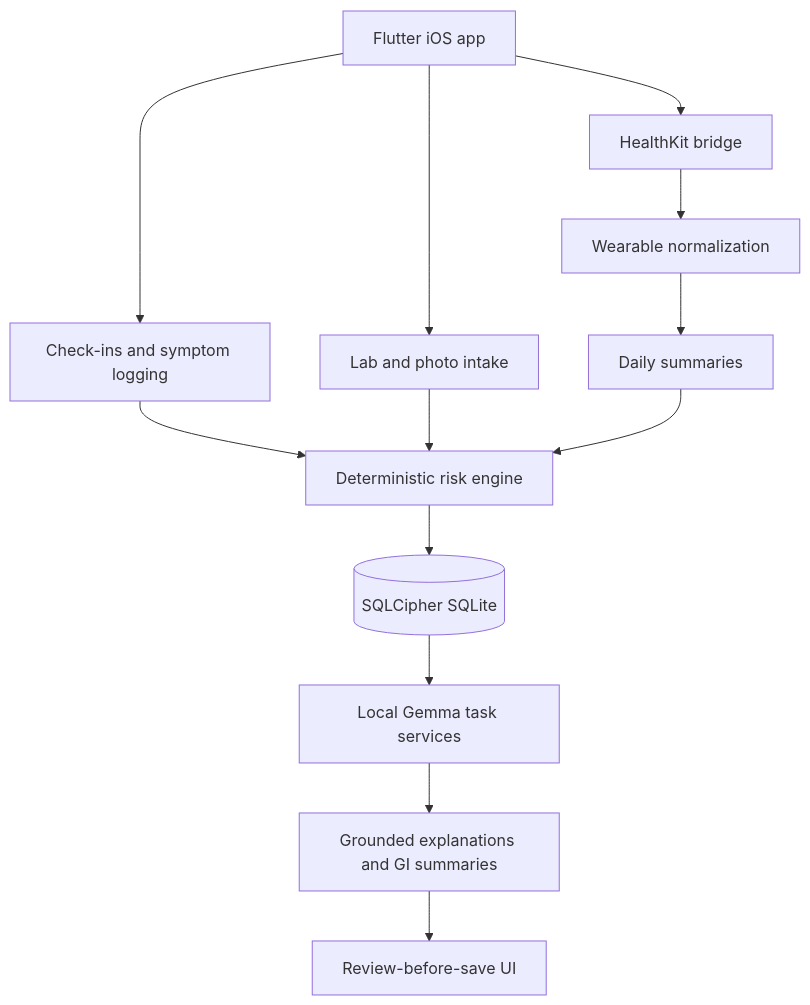
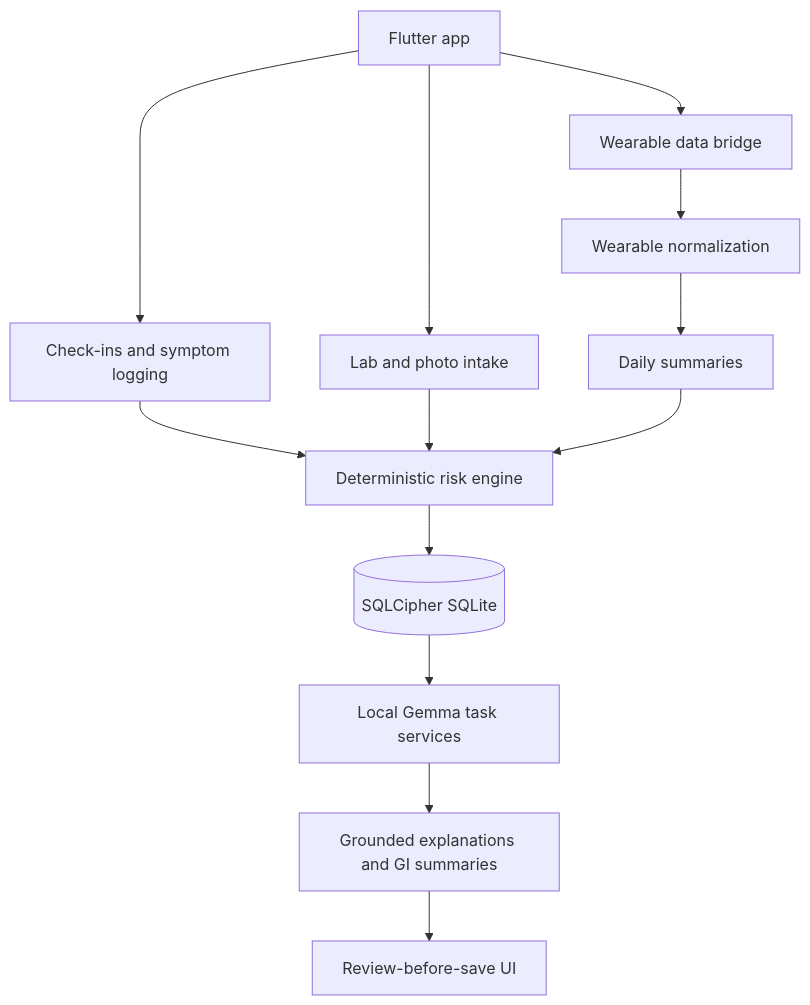
Before and after one commit to a-elhajj/Gemma-Flares: the diagram in README.md, drawn with Mermaid. The commit also changed other lines of this file and 1 other file, not shown here.

````diff
--- a/README.md
+++ b/README.md
@@ -61,15 +62,15 @@
 ```mermaid
 flowchart TD
-    App[Flutter iOS app] --> Checkins[Check-ins and symptom logging]
-    App --> Health[HealthKit bridge]
+    App[Flutter app] --> Checkins[Check-ins and symptom logging]
+    App --> Health[Wearable data bridge]
     App --> Labs[Lab and photo intake]
     Health --> Normalize[Wearable normalization]
     Normalize --> Summary[Daily summaries]
     Checkins --> Risk[Deterministic risk engine]
     Labs --> Risk
     Summary --> Risk
     Risk --> Store[(SQLCipher SQLite)]
     Store --> Gemma[Local Gemma task services]
     Gemma --> Explain[Grounded explanations and GI summaries]
     Explain --> Review[Review-before-save UI]
 ```
````
